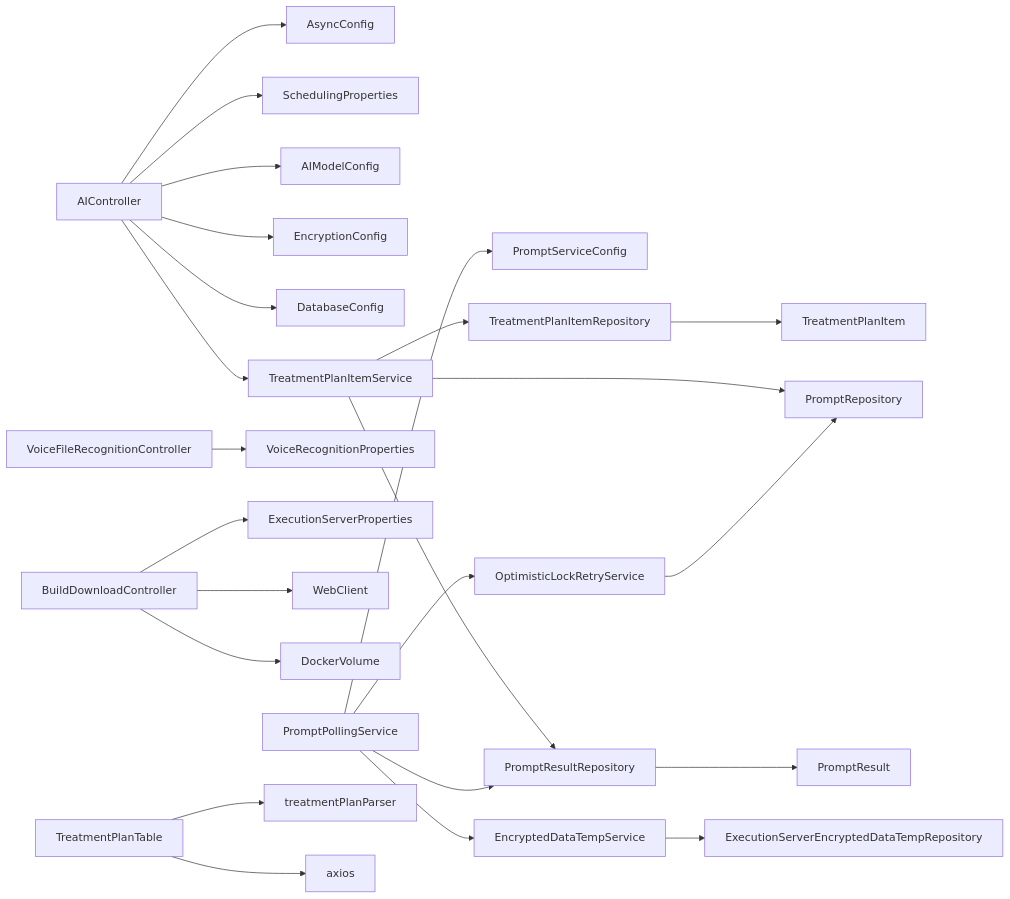
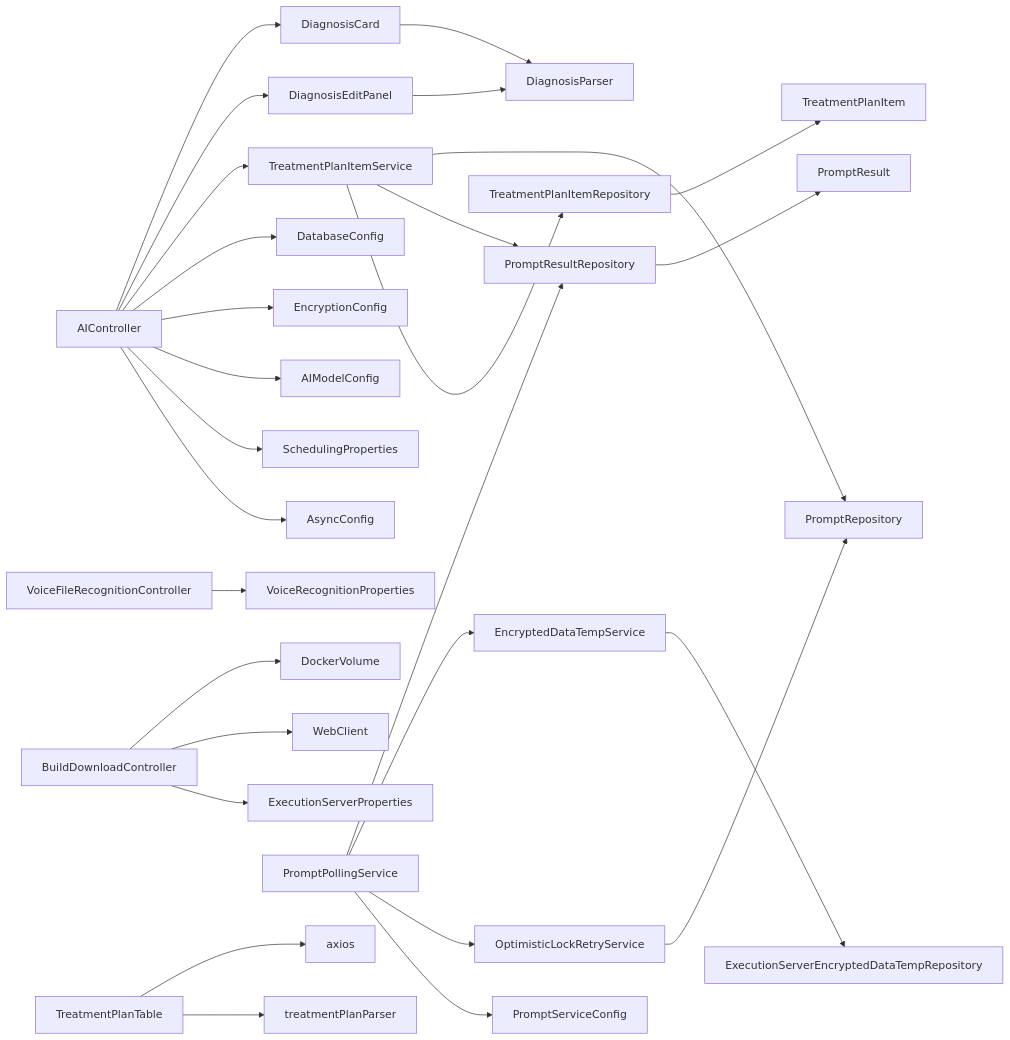
Diagram 13 of 13 in .qoder/repowiki/zh/content/核心功能模块/核心功能模块.md (liuzh2008/med_ai_assistant_workspace), drawn with Mermaid before and after one commit. The commit also changed other lines of this file and 5 other files, not shown here.

````diff
--- a/.qoder/repowiki/zh/content/核心功能模块/核心功能模块.md
+++ b/.qoder/repowiki/zh/content/核心功能模块/核心功能模块.md
@@ -842,26 +926,30 @@
 ```mermaid
 graph LR
 AIController --> AsyncConfig
 AIController --> SchedulingProperties
 AIController --> AIModelConfig
 AIController --> EncryptionConfig
 AIController --> DatabaseConfig
 AIController --> TreatmentPlanItemService
+AIController --> DiagnosisEditPanel
+AIController --> DiagnosisCard
 VoiceFileRecognitionController --> VoiceRecognitionProperties
 BuildDownloadController --> ExecutionServerProperties
 BuildDownloadController --> WebClient
 BuildDownloadController --> DockerVolume
 PromptPollingService --> PromptServiceConfig
 PromptPollingService --> OptimisticLockRetryService
 PromptPollingService --> EncryptedDataTempService
 PromptPollingService --> PromptResultRepository
 OptimisticLockRetryService --> PromptRepository
 EncryptedDataTempService --> ExecutionServerEncryptedDataTempRepository
 PromptResultRepository --> PromptResult
 TreatmentPlanItemService --> TreatmentPlanItemRepository
 TreatmentPlanItemService --> PromptResultRepository
 TreatmentPlanItemService --> PromptRepository
 TreatmentPlanItemRepository --> TreatmentPlanItem
+DiagnosisEditPanel --> DiagnosisParser
+DiagnosisCard --> DiagnosisParser
 TreatmentPlanTable --> treatmentPlanParser
 TreatmentPlanTable --> axios
 ```
````
